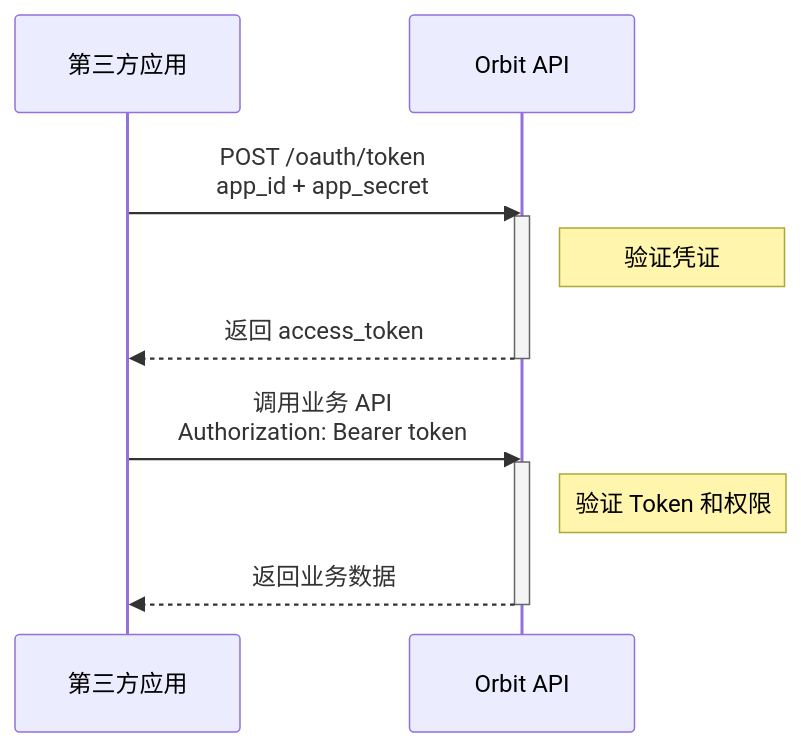
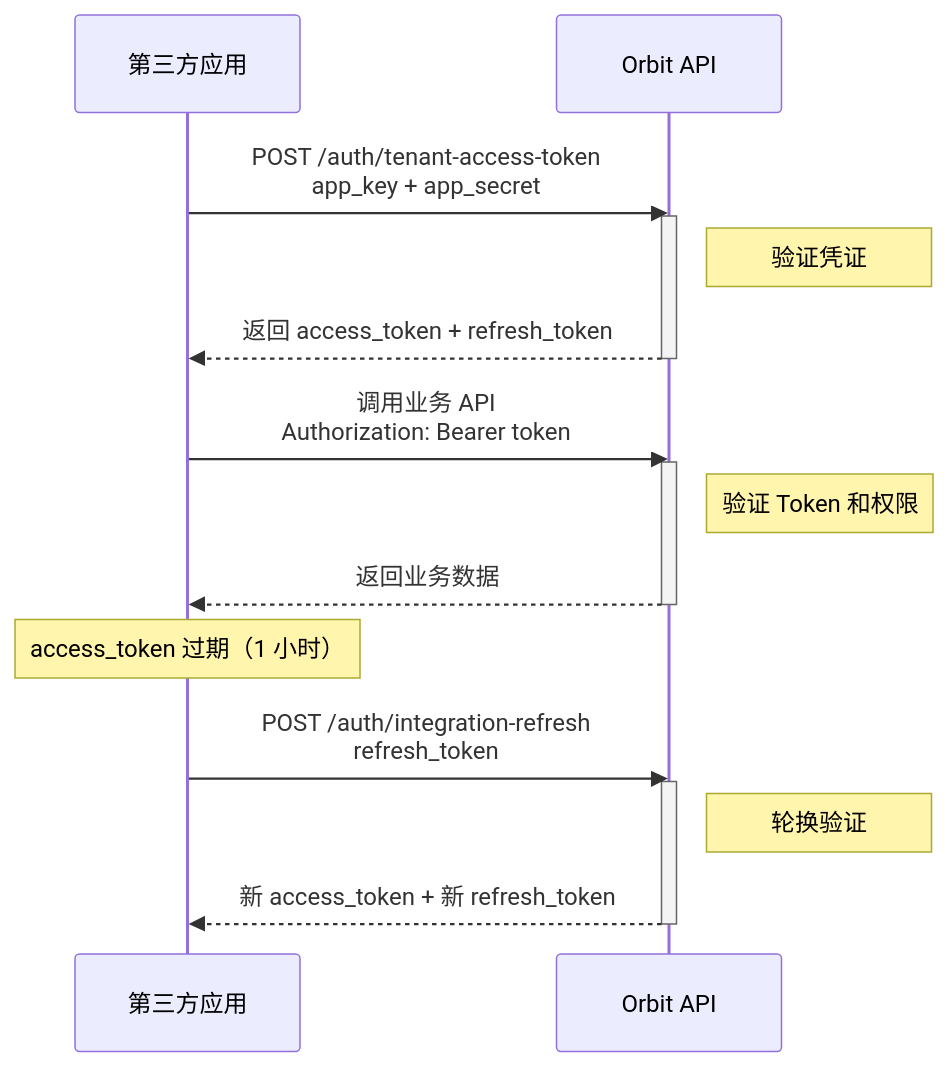
The second of 3 diagrams in orbitcontrol/open-platform/index.md (ruidutech/ruidu-docs), drawn with Mermaid before and after one commit. The commit also changed other lines of this file, not shown here.

First line of the commit message:
docs(open-platform): token 接口对齐实现——tenant-access-token / integration-refresh

````diff
--- a/orbitcontrol/open-platform/index.md
+++ b/orbitcontrol/open-platform/index.md
@@ -132,15 +128,21 @@
 ```mermaid
 sequenceDiagram
     participant TP as 第三方应用
     participant API as Orbit API
-    TP->>API: POST /oauth/token<br/>app_id + app_secret
+    TP->>API: POST /auth/tenant-access-token<br/>app_key + app_secret
     activate API
     Note right of API: 验证凭证
-    API-->>TP: 返回 access_token
+    API-->>TP: 返回 access_token + refresh_token
     deactivate API
     TP->>API: 调用业务 API<br/>Authorization: Bearer token
     activate API
     Note right of API: 验证 Token 和权限
     API-->>TP: 返回业务数据
     deactivate API
+    Note over TP: access_token 过期（1 小时）
+    TP->>API: POST /auth/integration-refresh<br/>refresh_token
+    activate API
+    Note right of API: 轮换验证
+    API-->>TP: 新 access_token + 新 refresh_token
+    deactivate API
 ```
````
